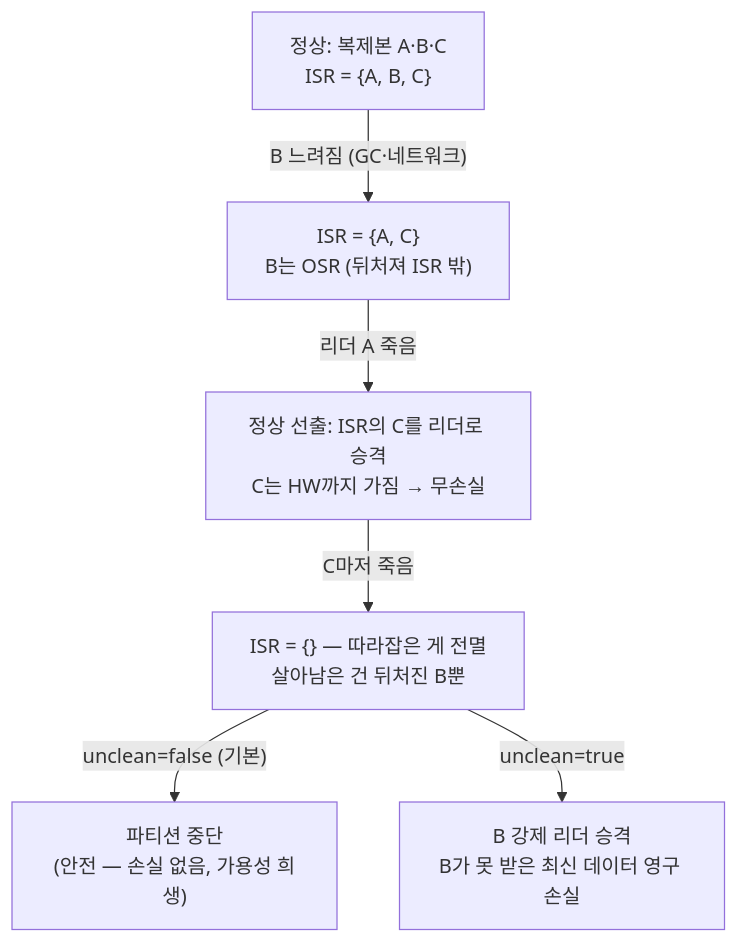
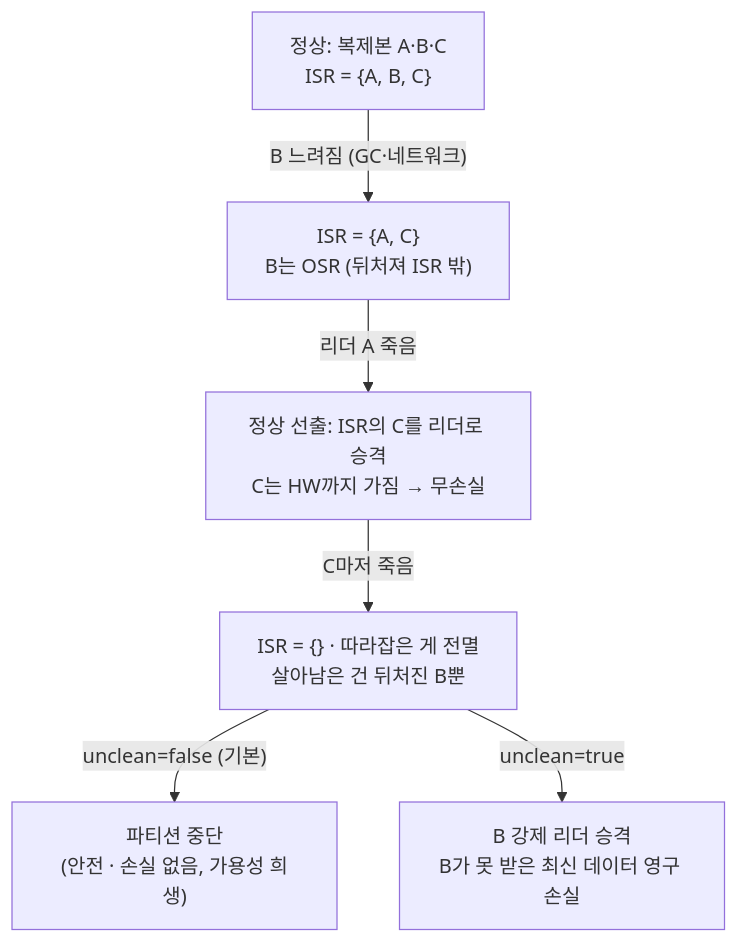
One commit to ghtjr410/kafka-lab changed the sixth of 8 diagrams in docs/book/1-internals/03-replication.md. Above: the diagram before and after it, drawn with Mermaid. The commit also changed other lines of this file and 25 other files, not shown here.

````diff
--- a/docs/book/1-internals/03-replication.md
+++ b/docs/book/1-internals/03-replication.md
@@ -171,8 +171,8 @@
 ```mermaid
 graph TB
     S0["정상: 복제본 A·B·C<br/>ISR = {A, B, C}"] -->|"B 느려짐 (GC·네트워크)"| S1["ISR = {A, C}<br/>B는 OSR (뒤처져 ISR 밖)"]
     S1 -->|"리더 A 죽음"| S2["정상 선출: ISR의 C를 리더로 승격<br/>C는 HW까지 가짐 → 무손실"]
-    S2 -->|"C마저 죽음"| S3["ISR = {} — 따라잡은 게 전멸<br/>살아남은 건 뒤처진 B뿐"]
-    S3 -->|"unclean=false (기본)"| F["파티션 중단<br/>(안전 — 손실 없음, 가용성 희생)"]
+    S2 -->|"C마저 죽음"| S3["ISR = {} · 따라잡은 게 전멸<br/>살아남은 건 뒤처진 B뿐"]
+    S3 -->|"unclean=false (기본)"| F["파티션 중단<br/>(안전 · 손실 없음, 가용성 희생)"]
     S3 -->|"unclean=true"| T["B 강제 리더 승격<br/>B가 못 받은 최신 데이터 영구 손실"]
 ```
````
